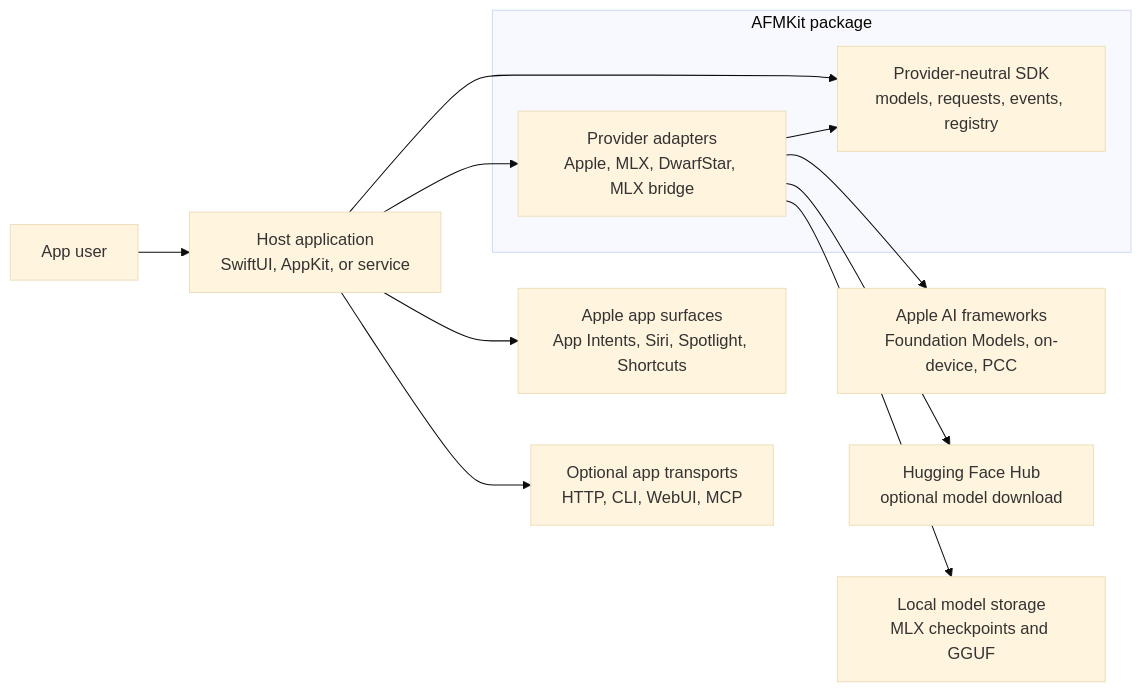
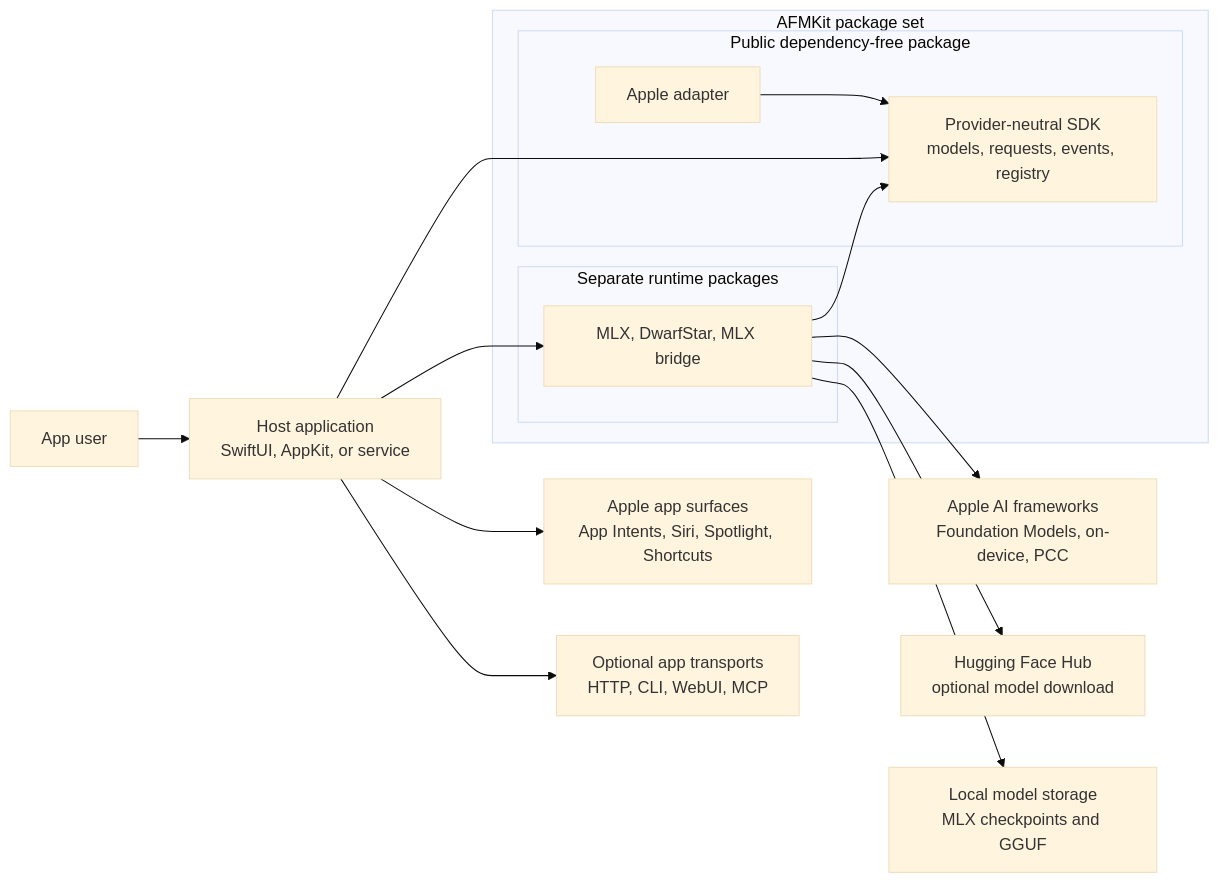
One commit to scouzi1966/AFMKit changed the first of 2 diagrams in Architecture/01-system-context.md. Above: the diagram before and after it, drawn with Mermaid (base theme). The commit also changed other lines of this file and 270 other files, not shown here.

First line of the commit message:
Split AFMKit package and release boundaries

````diff
--- a/Architecture/01-system-context.md
+++ b/Architecture/01-system-context.md
@@ -9,16 +9,22 @@
 ```mermaid
 flowchart LR
     User["App user"] --> Host["Host application\nSwiftUI, AppKit, or service"]
-    subgraph AFM["AFMKit package"]
-        Core["Provider-neutral SDK\nmodels, requests, events, registry"]
-        Adapters["Provider adapters\nApple, MLX, DwarfStar, MLX bridge"]
+    subgraph AFM["AFMKit package set"]
+        subgraph Public["Public dependency-free package"]
+            Core["Provider-neutral SDK\nmodels, requests, events, registry"]
+            AppleAdapter["Apple adapter"]
+            AppleAdapter --> Core
+        end
+        subgraph Providers["Separate runtime packages"]
+            Adapters["MLX, DwarfStar, MLX bridge"]
+        end
         Adapters --> Core
     end
     Host --> Core
     Host --> Adapters
     Adapters --> Apple["Apple AI frameworks\nFoundation Models, on-device, PCC"]
     Adapters --> Hub["Hugging Face Hub\noptional model download"]
     Adapters --> Models["Local model storage\nMLX checkpoints and GGUF"]
     Host --> Surfaces["Apple app surfaces\nApp Intents, Siri, Spotlight, Shortcuts"]
     Host --> Transport["Optional app transports\nHTTP, CLI, WebUI, MCP"]
 ```
````
